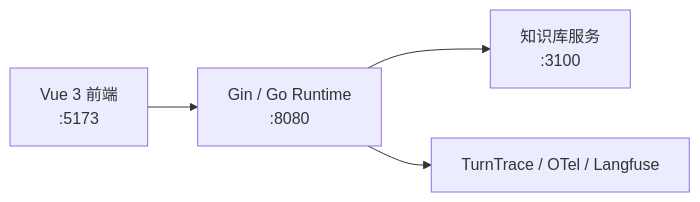
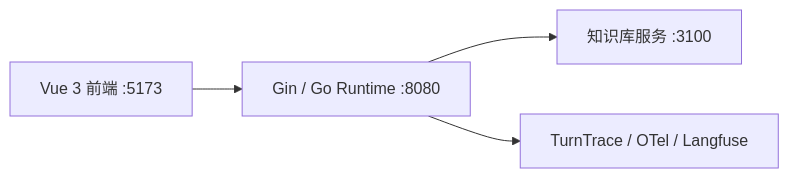
Before and after one commit to observer-mimiron/suanming-agent: the first of 3 diagrams in docs/architecture.md, drawn with Mermaid. The commit also changed other lines of this file and 67 other files, not shown here.

````diff
--- a/docs/architecture.md
+++ b/docs/architecture.md
@@ -28,6 +15,6 @@
 ```mermaid
 flowchart LR
-    FE["Vue 3 前端<br/>:5173"] --> API["Gin / Go Runtime<br/>:8080"]
-    API --> KB["知识库服务<br/>:3100"]
+    FE["Vue 3 前端 :5173"] --> API["Gin / Go Runtime :8080"]
+    API --> KB["知识库服务 :3100"]
     API --> OBS["TurnTrace / OTel / Langfuse"]
 ```
````
